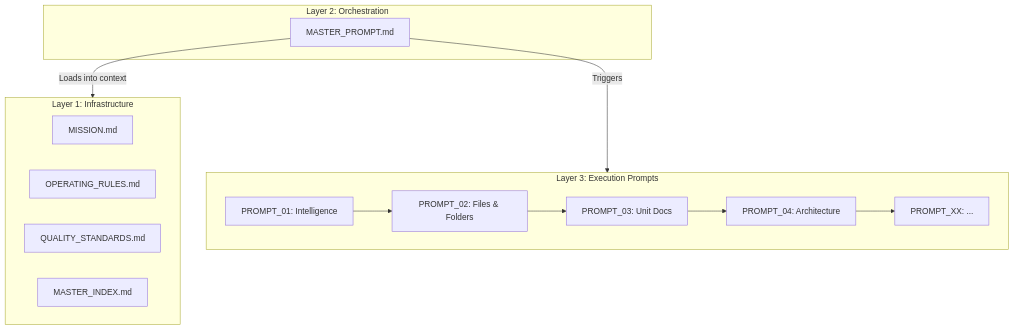
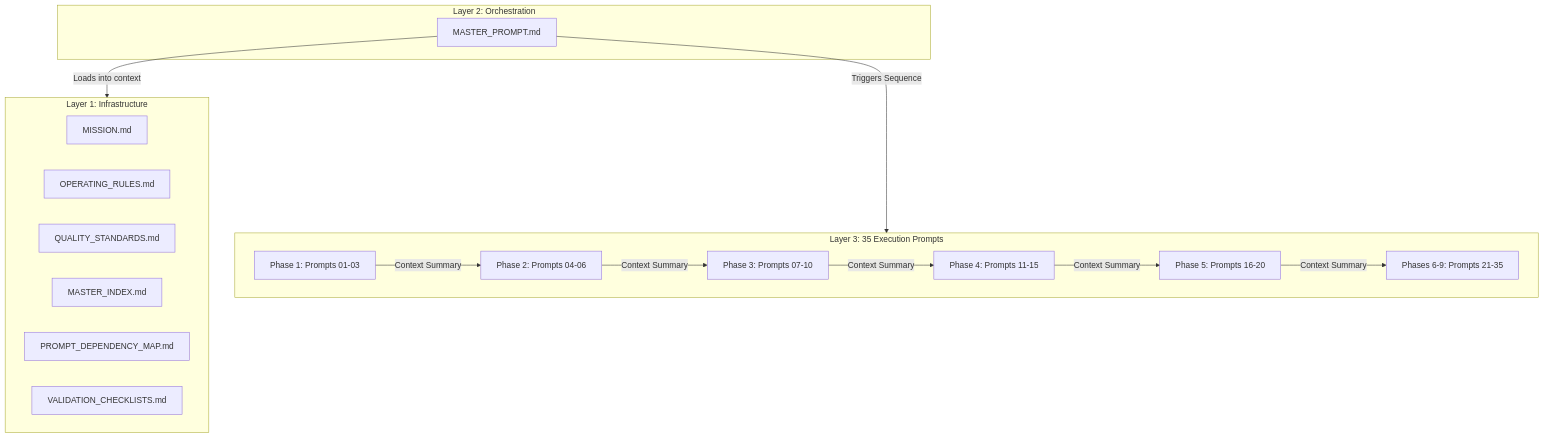
One commit to girishlade111/Reverse-Engineering changed the second of 2 diagrams in docs/05-diagrams.md. Above: the diagram before and after it, drawn with Mermaid. The commit also changed other lines of this file and 1 other file, not shown here.

Commit message:
docs: add architectural working logic documentation and framework sequence/component diagrams

````diff
--- a/docs/05-diagrams.md
+++ b/docs/05-diagrams.md
@@ -39,28 +37,32 @@
 ```mermaid
 graph TD
     subgraph Layer_1_Infrastructure [Layer 1: Infrastructure]
         MISSION[MISSION.md]
         RULES[OPERATING_RULES.md]
         QUALITY[QUALITY_STANDARDS.md]
         INDEX[MASTER_INDEX.md]
+        DAG[PROMPT_DEPENDENCY_MAP.md]
+        QA[VALIDATION_CHECKLISTS.md]
     end
 
     subgraph Layer_2_Orchestration [Layer 2: Orchestration]
         MASTER[MASTER_PROMPT.md]
     end
 
-    subgraph Layer_3_Execution [Layer 3: Execution Prompts]
-        P1[PROMPT_01: Intelligence]
-        P2[PROMPT_02: Files & Folders]
-        P3[PROMPT_03: Unit Docs]
-        P4[PROMPT_04: Architecture]
-        PX[PROMPT_XX: ...]
+    subgraph Layer_3_Execution [Layer 3: 35 Execution Prompts]
+        P1[Phase 1: Prompts 01-03]
+        P2[Phase 2: Prompts 04-06]
+        P3[Phase 3: Prompts 07-10]
+        P4[Phase 4: Prompts 11-15]
+        P5[Phase 5: Prompts 16-20]
+        PX[Phases 6-9: Prompts 21-35]
     end
     
     MASTER --> |Loads into context| Layer_1_Infrastructure
-    MASTER --> |Triggers| Layer_3_Execution
-    P1 --> P2
-    P2 --> P3
-    P3 --> P4
-    P4 --> PX
+    MASTER --> |Triggers Sequence| Layer_3_Execution
+    P1 --> |Context Summary| P2
+    P2 --> |Context Summary| P3
+    P3 --> |Context Summary| P4
+    P4 --> |Context Summary| P5
+    P5 --> |Context Summary| PX
 ```
````
